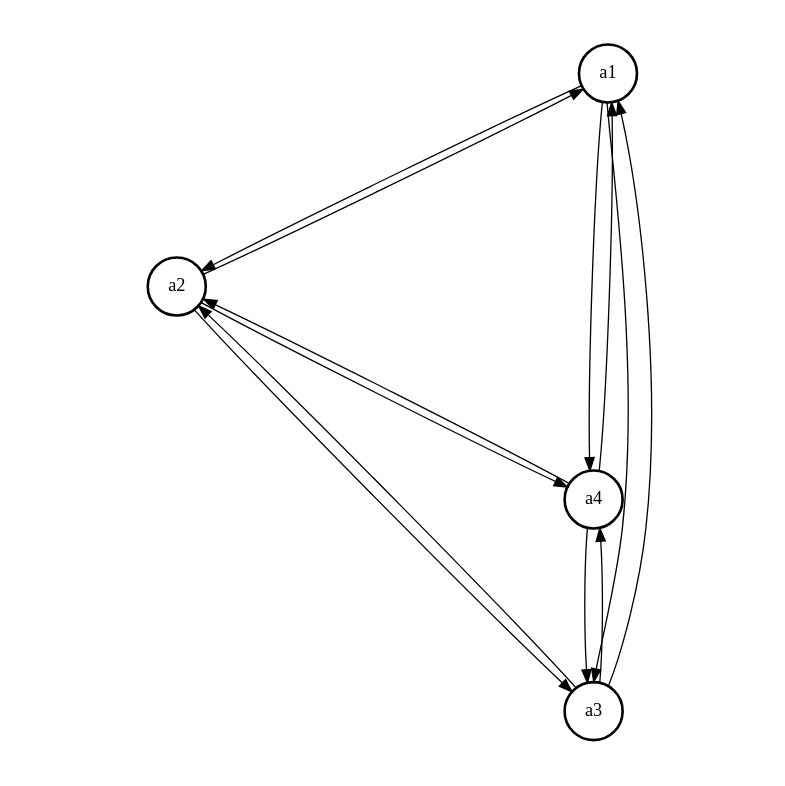
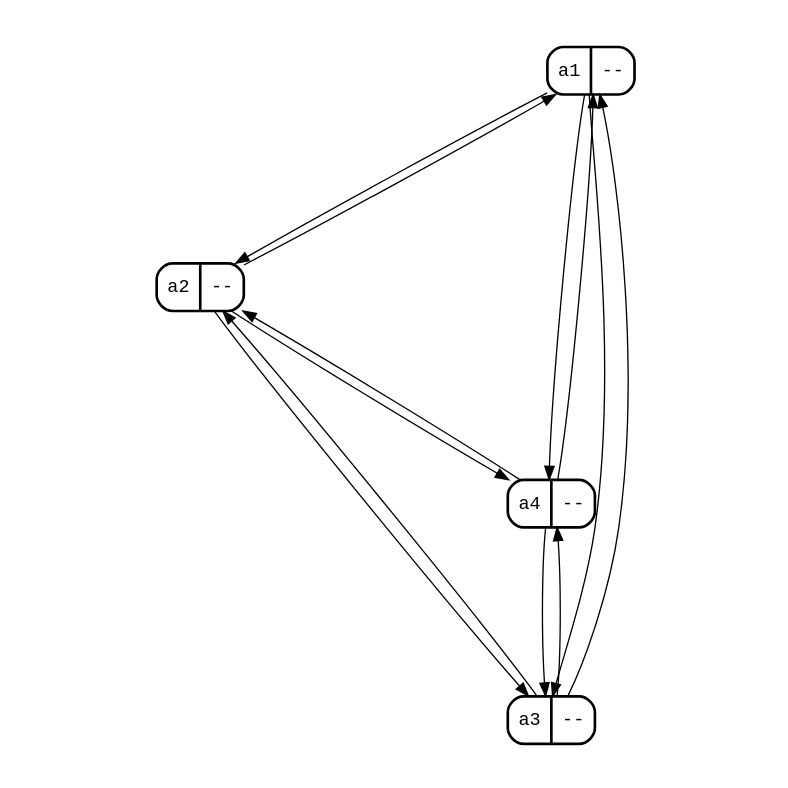
Before and after one commit to jonhoo/simio: the diagram in examples/graphs/complete.gv, drawn with Graphviz. The commit also changed 1 other file, not shown here.

```diff
--- a/examples/graphs/complete.gv
+++ b/examples/graphs/complete.gv
@@ -1,26 +1,26 @@
 digraph {
   size="8,8!";
   ratio="fill";
-  node [shape=circle penwidth=2];
+  node [shape=Mrecord penwidth=2 fontname=monospace];
   edge [fontsize=12];
-  a1;
-  a2;
-  a3;
-  a4;
+  a1 [label = "a1 | --"];
+  a2 [label = "a2 | --"];
+  a3 [label = "a3 | --"];
+  a4 [label = "a4 | --"];
 
   a1 -> a2;
   a1 -> a3;
   a1 -> a4;
 
   a2 -> a1;
   a2 -> a3;
   a2 -> a4;
 
   a3 -> a1;
   a3 -> a2;
   a3 -> a4;
 
   a4 -> a1;
   a4 -> a2;
   a4 -> a3;
 }
```
